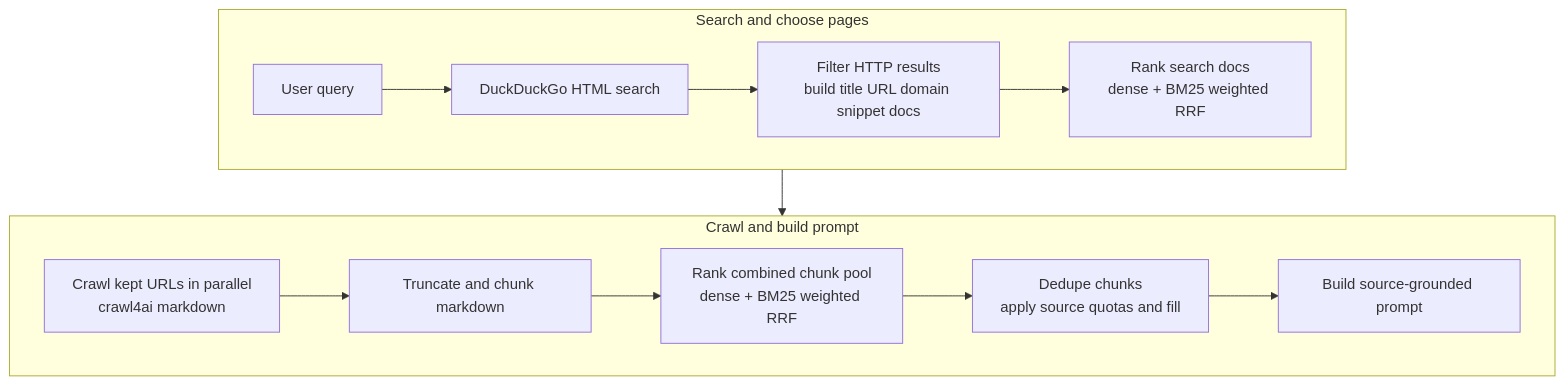
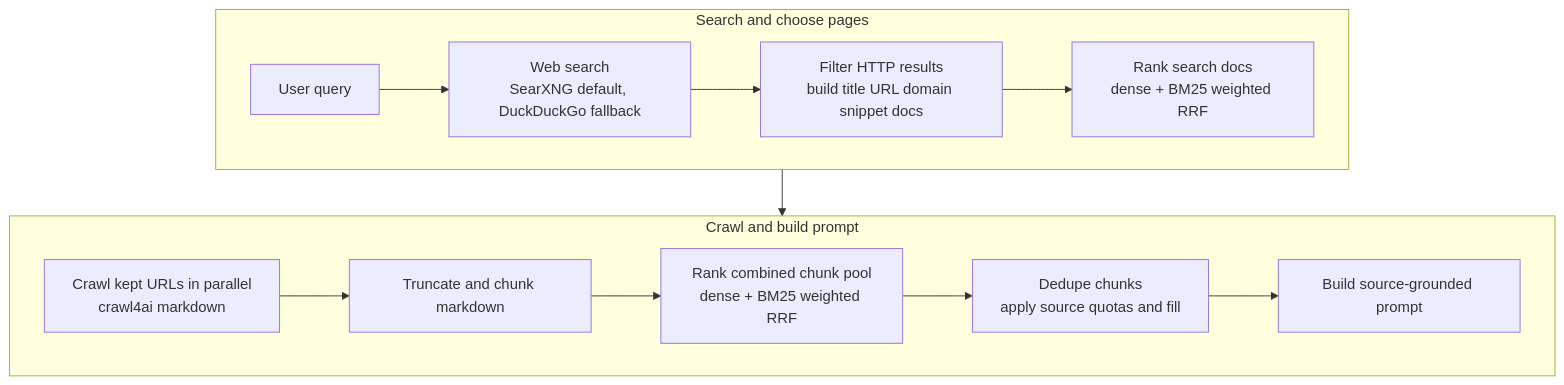
Before and after one commit to MarcellM01/TinySearch: the diagram in README.md, drawn with Mermaid. The commit also changed other lines of this file and 9 other files, not shown here.

````diff
--- a/README.md
+++ b/README.md
@@ -74,19 +77,19 @@
 ```mermaid
 flowchart TB
     subgraph Row1["Search and choose pages"]
         direction LR
-        A[User query] --> B[DuckDuckGo HTML search]
+        A[User query] --> B[Web search<br/>SearXNG default, DuckDuckGo fallback]
         B --> C[Filter HTTP results<br/>build title URL domain snippet docs]
         C --> D[Rank search docs<br/>dense + BM25 weighted RRF]
     end
 
     subgraph Row2["Crawl and build prompt"]
         direction LR
         E[Crawl kept URLs in parallel<br/>crawl4ai markdown] --> F[Truncate and chunk markdown]
         F --> G[Rank combined chunk pool<br/>dense + BM25 weighted RRF]
         G --> H[Dedupe chunks<br/>apply source quotas and fill]
         H --> I[Build source-grounded prompt]
     end
 
     Row1 --> Row2
 ```
````
